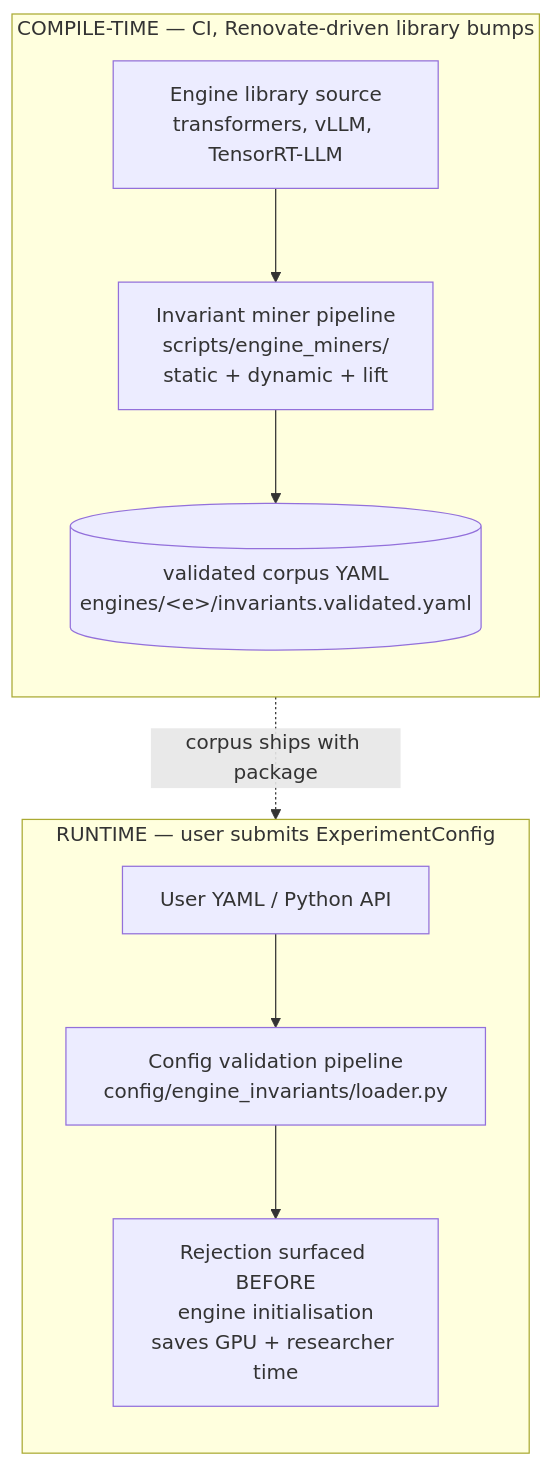
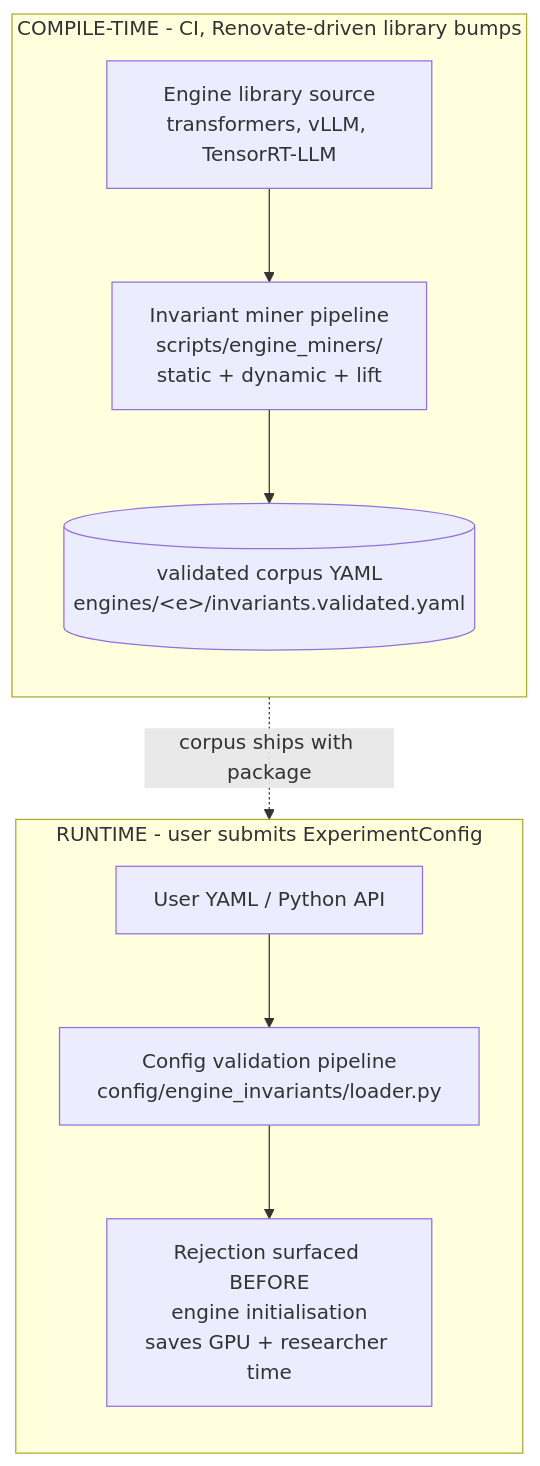
One commit to henrycgbaker/LLenergyMeasure changed the first of 2 diagrams in docs/explanation/architecture/architecture-overview.md. Above: the diagram before and after it, drawn with Mermaid. The commit also changed other lines of this file and 4 other files, not shown here.

First line of the commit message:
docs(enhance): tighten architecture conceptual pages

````diff
--- a/docs/explanation/architecture/architecture-overview.md
+++ b/docs/explanation/architecture/architecture-overview.md
@@ -21,20 +21,20 @@
 ```mermaid
 flowchart TB
-    subgraph compile["COMPILE-TIME &mdash; CI, Renovate-driven library bumps"]
+    subgraph compile["COMPILE-TIME - CI, Renovate-driven library bumps"]
         direction TB
         src[Engine library source<br/>transformers, vLLM, TensorRT-LLM]
         miner[Invariant miner pipeline<br/>scripts/engine_miners/<br/>static + dynamic + lift]
         validated[(validated corpus YAML<br/>engines/&lt;e&gt;/invariants.validated.yaml)]
         src --> miner --> validated
     end
 
-    subgraph runtime["RUNTIME &mdash; user submits ExperimentConfig"]
+    subgraph runtime["RUNTIME - user submits ExperimentConfig"]
         direction TB
         user[User YAML / Python API]
         loader[Config validation pipeline<br/>config/engine_invariants/loader.py]
         rejected[Rejection surfaced BEFORE<br/>engine initialisation<br/>saves GPU + researcher time]
         user --> loader --> rejected
     end
 
     validated -. corpus ships with package .-> loader
 ```
````
